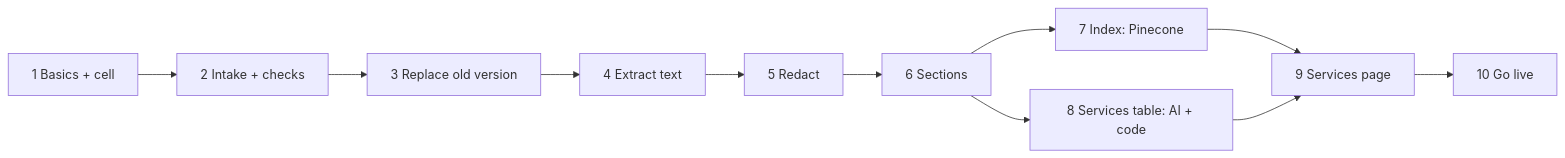
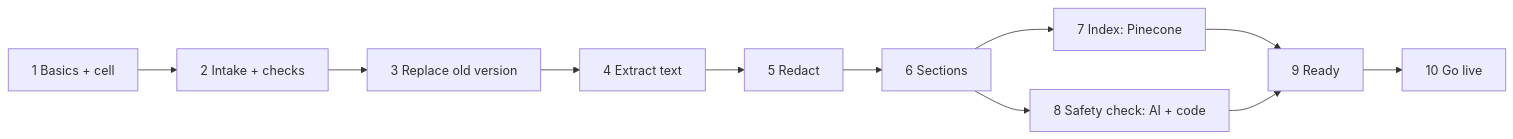
Before and after one commit to BharathiRaja-Palaniswamy/smartdesk: the diagram in docs/workflows/onboarding.md, drawn with Mermaid. The commit also changed other lines of this file and 45 other files, not shown here.

````diff
--- a/docs/workflows/onboarding.md
+++ b/docs/workflows/onboarding.md
@@ -87,10 +108,10 @@
 ```mermaid
 flowchart LR
   A[1 Basics + cell] --> B[2 Intake + checks] --> C[3 Replace old version]
   C --> D[4 Extract text] --> E[5 Redact] --> F[6 Sections]
   F --> G[7 Index: Pinecone]
-  F --> H[8 Services table: AI + code]
-  G --> I[9 Services page]
+  F --> H[8 Safety check: AI + code]
+  G --> I[9 Ready]
   H --> I
   I --> J[10 Go live]
 ```
````
